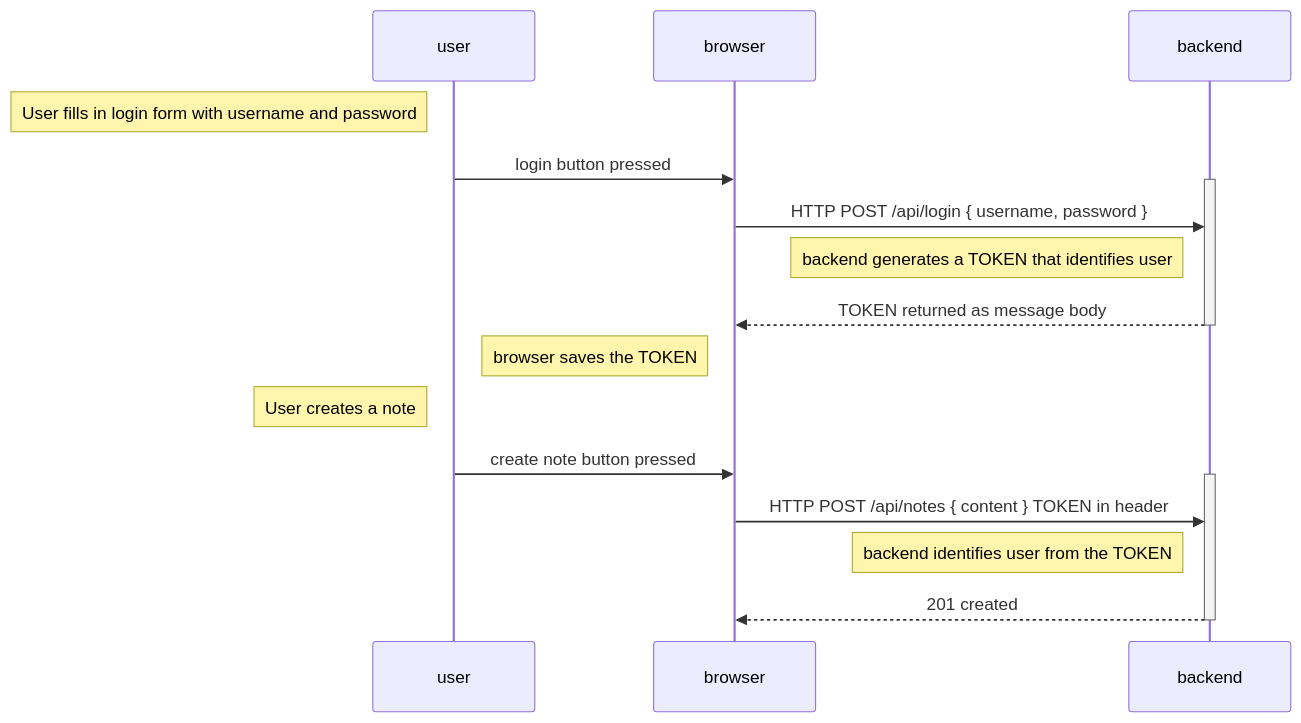
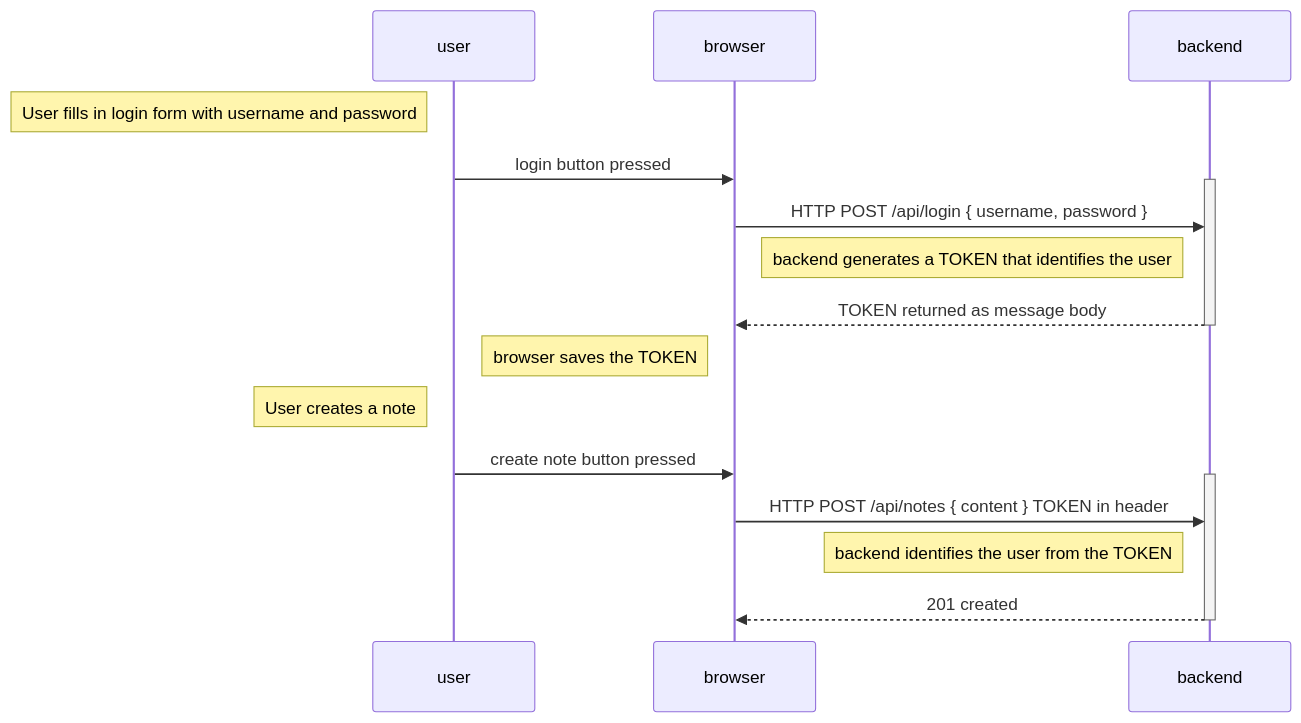
Before and after one commit to fullstack-hy2020/misc: the third of 3 diagrams in README.md, drawn with Mermaid.

````diff
--- a/README.md
+++ b/README.md
@@ -54,28 +54,28 @@
 ```mermaid
 sequenceDiagram
     participant user
     participant browser
     participant backend
     
     Note left of user: User fills in login form with username and password
     user->>browser: login button pressed
     
     activate backend
     browser->>backend: HTTP POST /api/login { username, password }
     
-    Note left of backend: backend generates a TOKEN that identifies user
+    Note left of backend: backend generates a TOKEN that identifies the user
     backend-->>browser: TOKEN returned as message body
     deactivate backend
     
     Note left of browser: browser saves the TOKEN
     
     Note left of user: User creates a note 
     user ->> browser: create note button pressed
     
     activate backend
     browser ->> backend: HTTP POST /api/notes { content } TOKEN in header
-    Note left of backend: backend identifies user from the TOKEN
+    Note left of backend: backend identifies the user from the TOKEN
 
     backend -->> browser: 201 created
     deactivate backend
 ```
````
